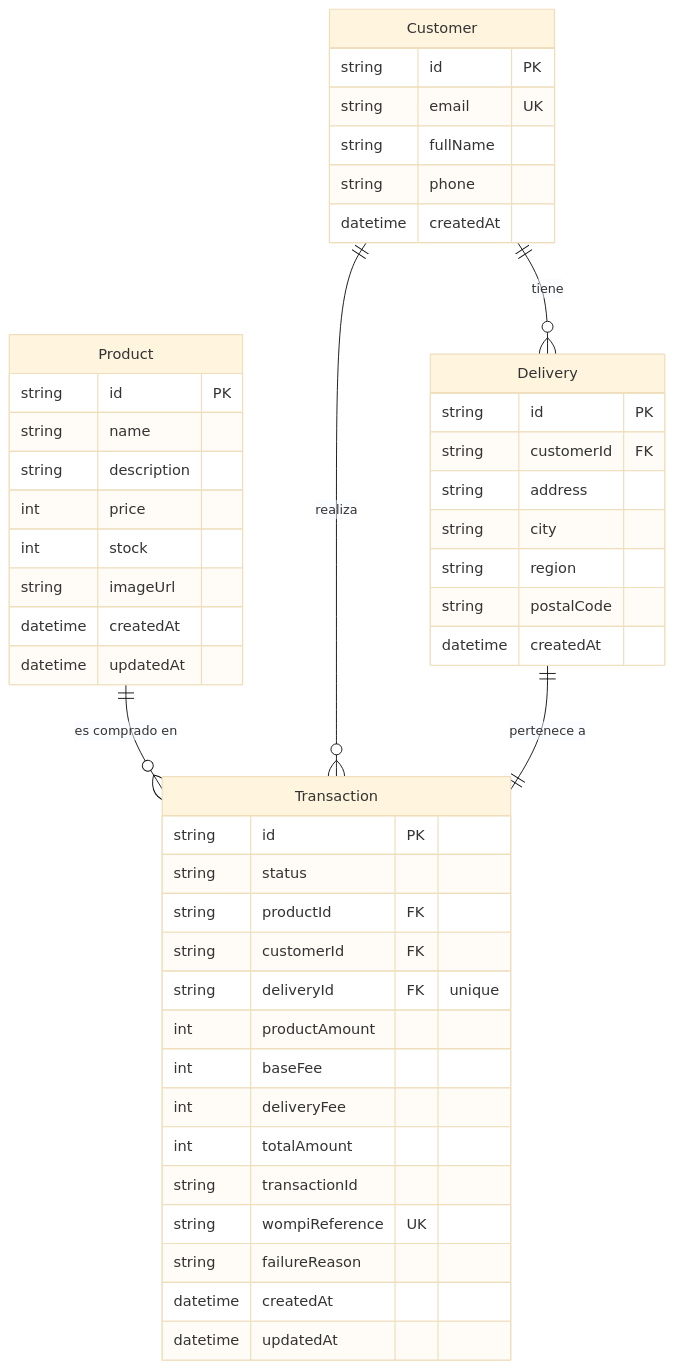
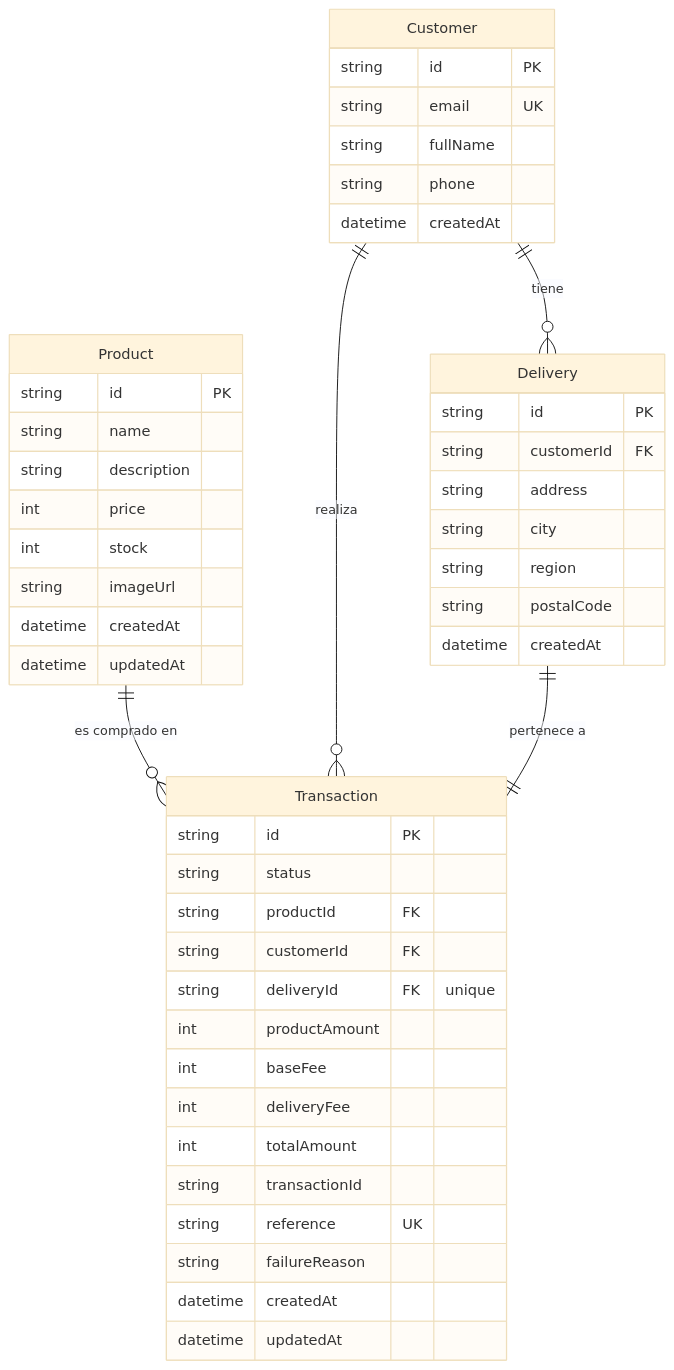
One commit to DiegoGarzon11/back-test changed the diagram in README.md. Above: the diagram before and after it, drawn with Mermaid (base theme). The commit also changed other lines of this file and 10 other files, not shown here.

````diff
--- a/README.md
+++ b/README.md
@@ -75,53 +75,53 @@
 ```mermaid
 erDiagram
     Product ||--o{ Transaction : "es comprado en"
     Customer ||--o{ Delivery : "tiene"
     Customer ||--o{ Transaction : "realiza"
     Delivery ||--|| Transaction : "pertenece a"
 
     Product {
         string id PK
         string name
         string description
         int price
         int stock
         string imageUrl
         datetime createdAt
         datetime updatedAt
     }
 
     Customer {
         string id PK
         string email UK
         string fullName
         string phone
         datetime createdAt
     }
 
     Delivery {
         string id PK
         string customerId FK
         string address
         string city
         string region
         string postalCode
         datetime createdAt
     }
 
     Transaction {
         string id PK
         string status
         string productId FK
         string customerId FK
         string deliveryId FK "unique"
         int productAmount
         int baseFee
         int deliveryFee
         int totalAmount
         string transactionId
-        string wompiReference UK
+        string reference UK
         string failureReason
         datetime createdAt
         datetime updatedAt
     }
 ```
````
